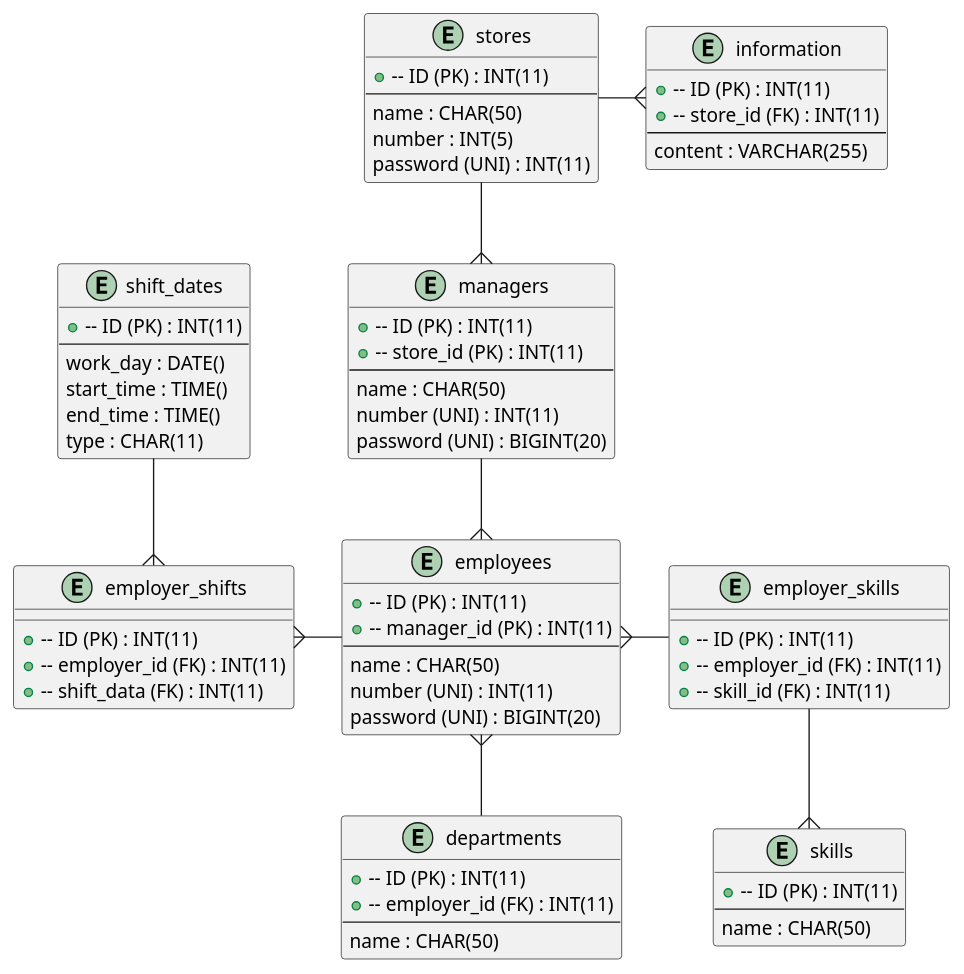
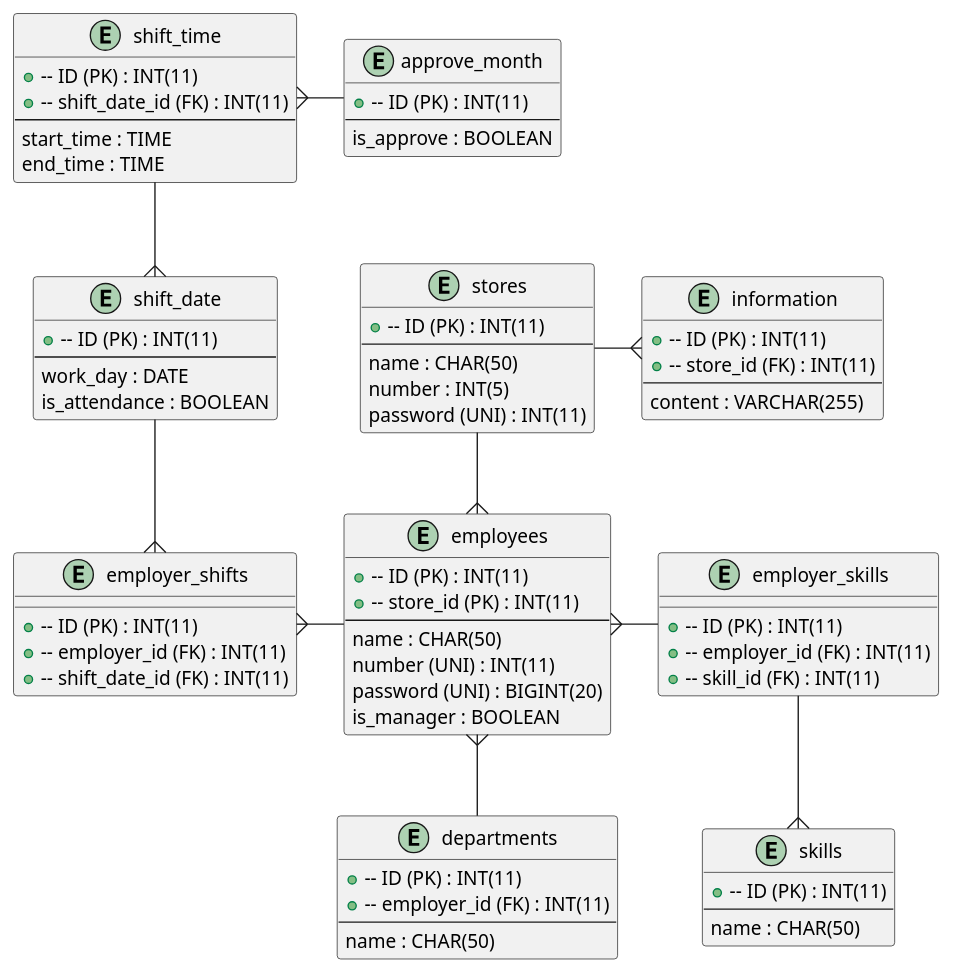
One commit to kokimoriguchi/portfolio_detail changed the diagram in ER.pu. Above: the diagram before and after it, drawn with PlantUML. The commit also changed 5 other files, not shown here.

```diff
--- a/ER.pu
+++ b/ER.pu
@@ -1,78 +1,91 @@
 @startuml ER
 
 entity "employees" as employees {
-  +-- ID (PK) : INT(11)
-  +-- manager_id (PK) : INT(11)
-  --
-  name : CHAR(50)
-  number (UNI) : INT(11)
-  password (UNI) : BIGINT(20)
-}
-
-entity "managers" as managers {
   +-- ID (PK) : INT(11)
   +-- store_id (PK) : INT(11)
   --
   name : CHAR(50)
   number (UNI) : INT(11)
   password (UNI) : BIGINT(20)
+  is_manager : BOOLEAN
 }
 
-entity "shift_dates" as shift_dates {
+' entity "managers" as managers {
+'   +-- ID (PK) : INT(11)
+'   --
+'   name : CHAR(50)
+'   number (UNI) : INT(11)
+'   password (UNI) : BIGINT(20)
+' }
+
+entity "shift_time" as shift_time {
+  +-- ID (PK) : INT(11)
+  +-- shift_date_id (FK) : INT(11)
+  --
+  start_time : TIME
+  end_time : TIME
+}
+
+entity "shift_date" as shift_date {
   +-- ID (PK) : INT(11)
   --
-  work_day : DATE()
-  start_time : TIME()
-  end_time : TIME()
-  type : CHAR(11)
+  work_day : DATE
+  is_attendance : BOOLEAN
 }
 
 entity "employer_shifts" as employer_shifts {
   +-- ID (PK) : INT(11)
   +-- employer_id (FK) : INT(11)
-  +-- shift_data (FK) : INT(11)
+  +-- shift_date_id (FK) : INT(11)
+}
+
+entity "approve_month" as approve_month {
+  +-- ID (PK) : INT(11)
+  --
+  is_approve : BOOLEAN
 }
 
 entity "departments" as departments {
   +-- ID (PK) : INT(11)
   +-- employer_id (FK) : INT(11)
   --
   name : CHAR(50)
 }
 
 entity "skills" as skills {
   +-- ID (PK) : INT(11)
   --
   name : CHAR(50)
 }
 
 entity "employer_skills" as employer_skills {
   +-- ID (PK) : INT(11)
   +-- employer_id (FK) : INT(11)
   +-- skill_id (FK) : INT(11)
 }
 
 entity "stores" as stores {
   +-- ID (PK) : INT(11)
   --
   name : CHAR(50)
   number : INT(5)
   password (UNI) : INT(11)
 }
 
 entity "information" as information {
   +-- ID (PK) : INT(11)
   +-- store_id (FK) : INT(11)
   --
   content : VARCHAR(255)
 }
 stores -r-{ information
-stores -d-{ managers
-managers --{ employees
+stores -d-{ employees
 employees -l-{ employer_shifts
-shift_dates --{ employer_shifts
+employer_shifts }-u- shift_date
+shift_time --{ shift_date
 employer_skills -l-{ employees
 employer_skills --{ skills
 departments -u-{ employees
+approve_month -l-{ shift_time
 
 @enduml
```
